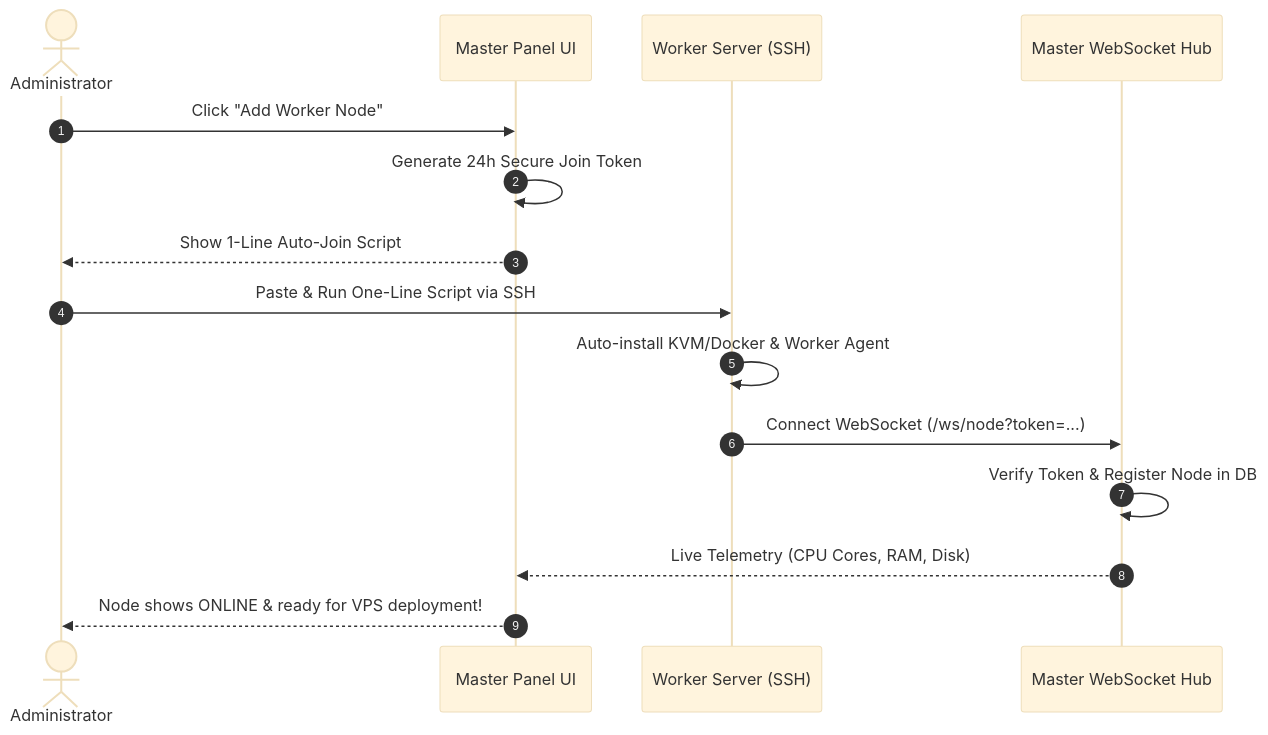
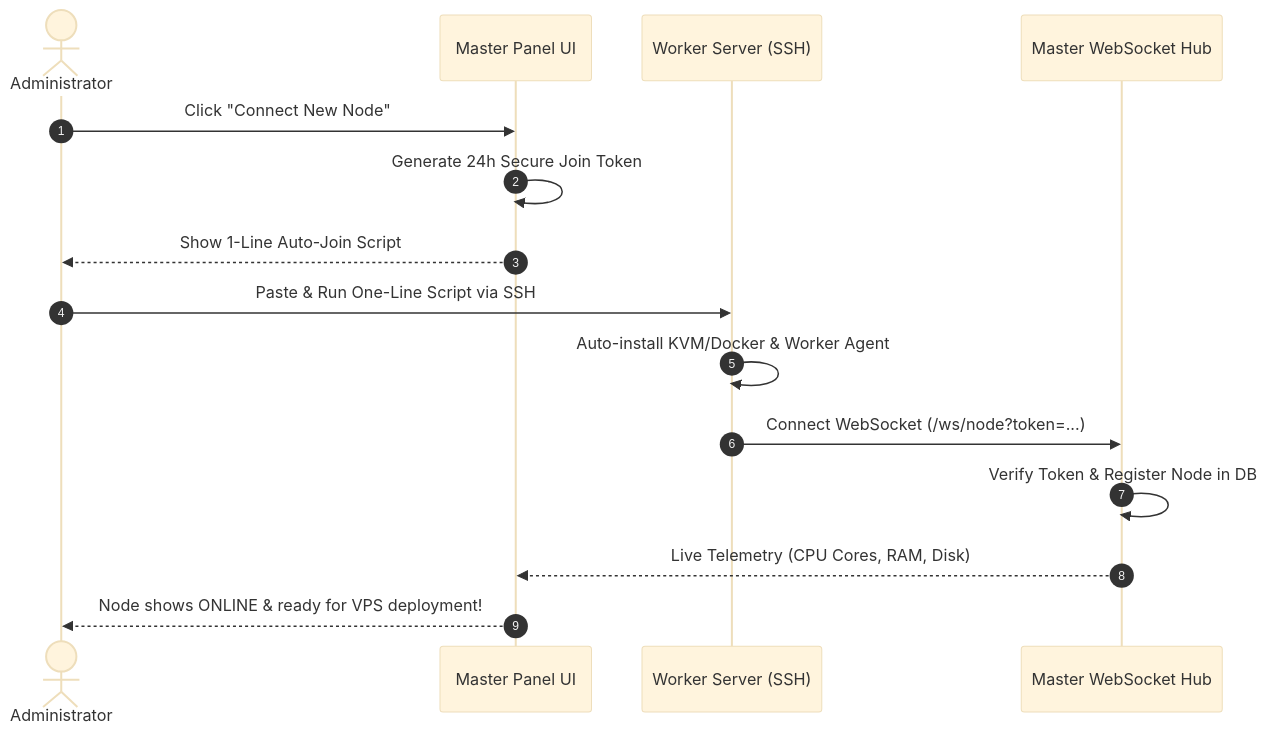
One commit to prcgaming/vps-panel changed the second of 2 diagrams in README.md. Above: the diagram before and after it, drawn with Mermaid (base theme). The commit also changed other lines of this file, not shown here.

````diff
--- a/README.md
+++ b/README.md
@@ -228,18 +239,18 @@
 ```mermaid
 sequenceDiagram
     autonumber
     actor Admin as Administrator
     participant Panel as Master Panel UI
     participant Worker as Worker Server (SSH)
     participant Hub as Master WebSocket Hub
 
-    Admin->>Panel: Click "Add Worker Node"
+    Admin->>Panel: Click "Connect New Node"
     Panel->>Panel: Generate 24h Secure Join Token
     Panel-->>Admin: Show 1-Line Auto-Join Script
     Admin->>Worker: Paste & Run One-Line Script via SSH
     Worker->>Worker: Auto-install KVM/Docker & Worker Agent
     Worker->>Hub: Connect WebSocket (/ws/node?token=...)
     Hub->>Hub: Verify Token & Register Node in DB
     Hub-->>Panel: Live Telemetry (CPU Cores, RAM, Disk)
     Panel-->>Admin: Node shows ONLINE & ready for VPS deployment!
 ```
````
